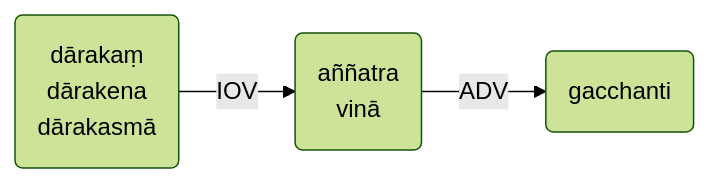
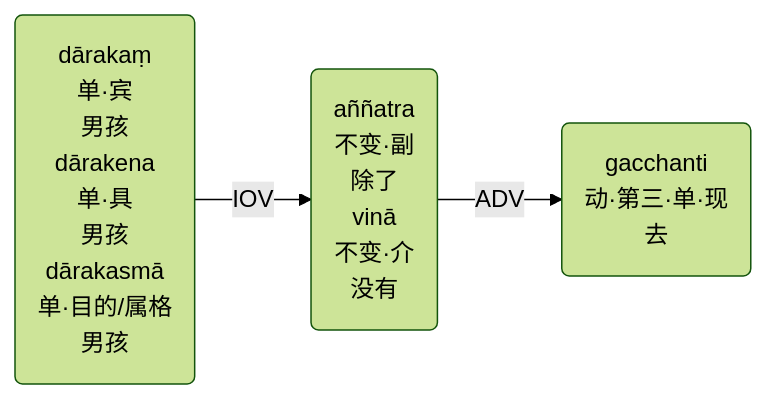
The diagram in src/advance-relation/10_vinā.md (iapt-platform/pali-handbook), drawn with Mermaid (forest theme) before and after one commit. The commit also changed 6 other files, not shown here.

````diff
--- a/src/advance-relation/10_vinā.md
+++ b/src/advance-relation/10_vinā.md
@@ -13,8 +13,8 @@
 ```mermaid
 flowchart LR
-A("dārakaṃ<br>dārakena<br>dārakasmā")
-B("aññatra<br>vinā")
-C("gacchanti")
+A("dārakaṃ<br>单·宾<br>男孩<br>dārakena<br>单·具<br>男孩<br>dārakasmā<br>单·目的/属格<br>男孩")
+B("aññatra<br>不变·副<br>除了<br>vinā<br>不变·介<br>没有")
+C("gacchanti<br>动·第三·单·现<br>去")
 A--IOV-->B
 B--ADV-->C
 ```
````
